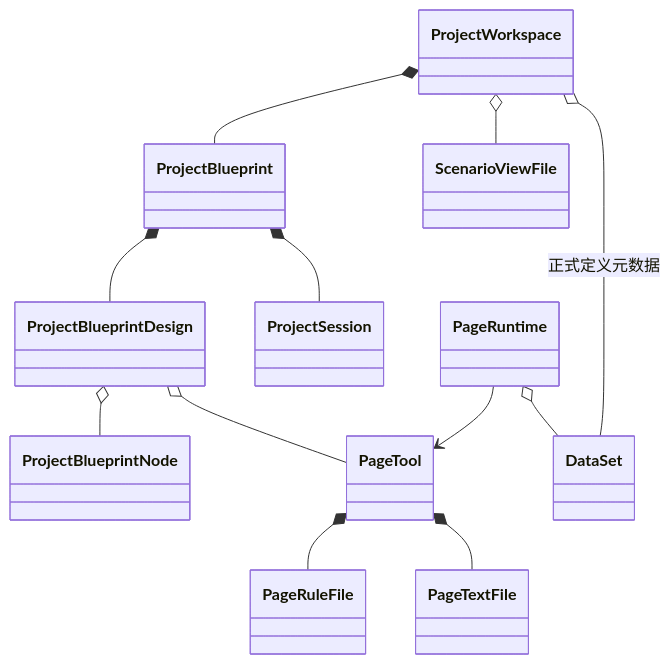
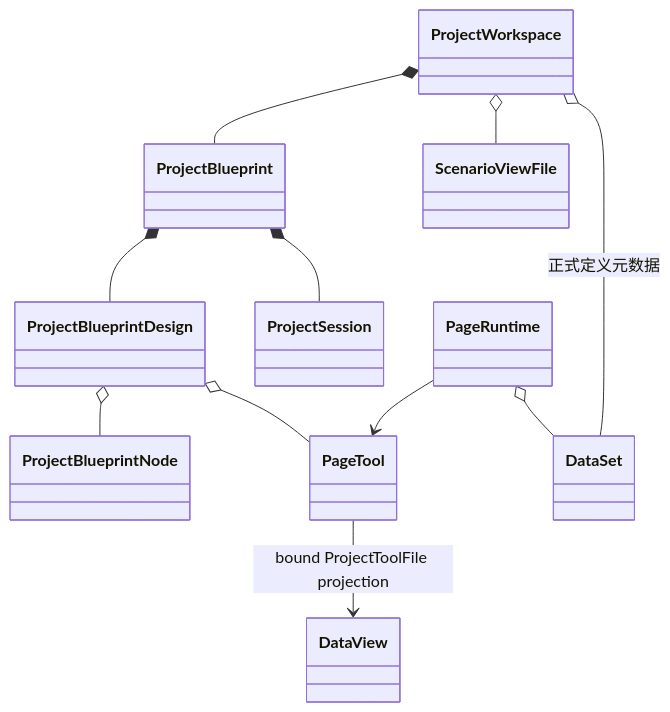
The diagram in packages/spark-project-model/src/MODEL-HIERARCHY.md (LMSpark/APPWORKS), drawn with Mermaid before and after one commit. The commit also changed other lines of this file and 83 other files, not shown here.

Commit message:
refactor(page-design): bind file editing to SPARK data

````diff
--- a/packages/spark-project-model/src/MODEL-HIERARCHY.md
+++ b/packages/spark-project-model/src/MODEL-HIERARCHY.md
@@ -27,14 +27,13 @@
 ```mermaid
 classDiagram
   ProjectBlueprint *-- ProjectBlueprintDesign
   ProjectBlueprint *-- ProjectSession
   ProjectBlueprintDesign o-- ProjectBlueprintNode
   ProjectBlueprintDesign o-- PageTool
   ProjectWorkspace *-- ProjectBlueprint
   ProjectWorkspace o-- ScenarioViewFile
   ProjectWorkspace o-- DataSet : 正式定义元数据
   PageRuntime --> PageTool
   PageRuntime o-- DataSet
-  PageTool *-- PageRuleFile
-  PageTool *-- PageTextFile
+  PageTool --> DataView : bound ProjectToolFile projection
 ```
````
